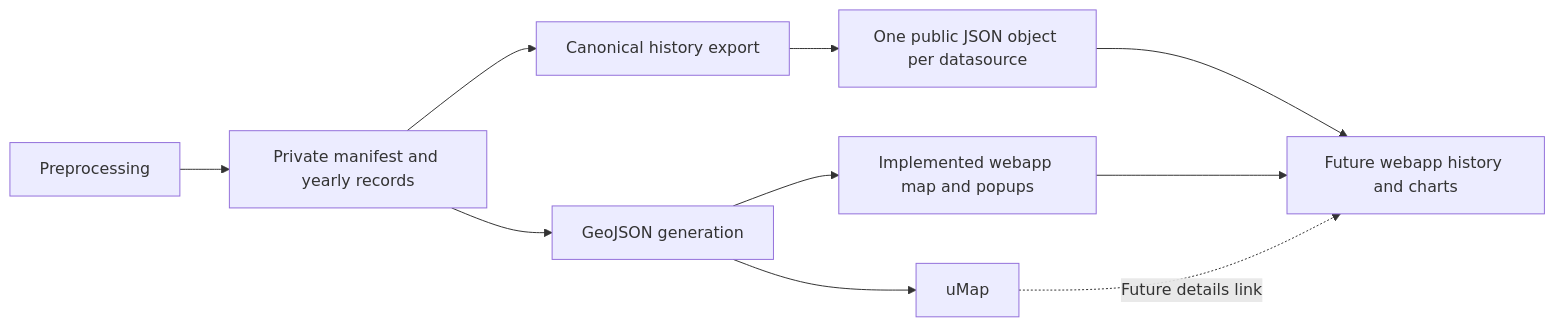
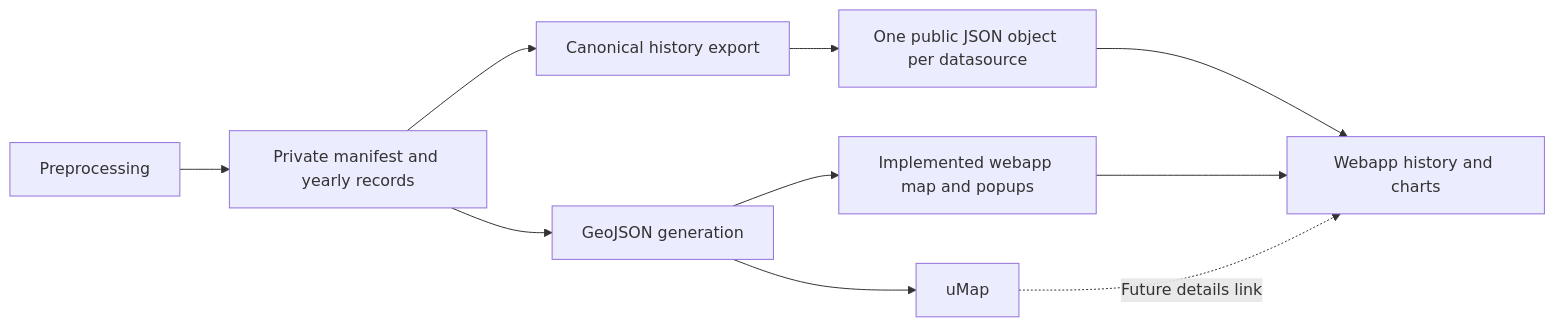
The diagram in specs/counter-details-and-website.md (arnaudq/traficinfo), drawn with Mermaid before and after one commit. The commit also changed other lines of this file and 11 other files, not shown here.

Commit message:
Add counter history detail page with yearly charts

````diff
--- a/specs/counter-details-and-website.md
+++ b/specs/counter-details-and-website.md
@@ -66,12 +68,12 @@
 ```mermaid
 flowchart LR
     P[Preprocessing] --> M[Private manifest and yearly records]
     M --> E[Canonical history export]
     E --> J[One public JSON object per datasource]
-    J --> H[Future webapp history and charts]
+    J --> H[Webapp history and charts]
     M --> G[GeoJSON generation]
     G --> W[Implemented webapp map and popups]
     W --> H
     G --> U[uMap]
     U -. Future details link .-> H
 ```
````
